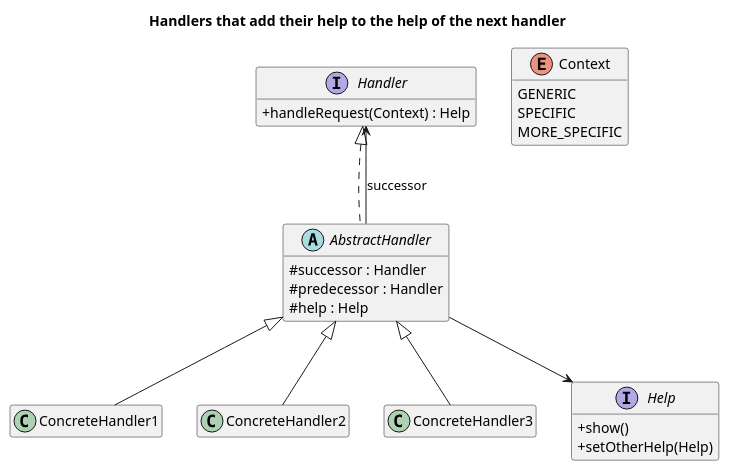
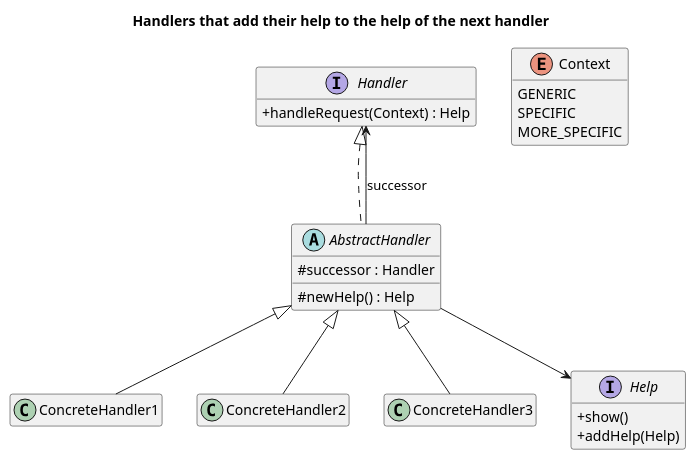
The diagram in src/main/java/dev/kaldiroglu/dp/behavioral/chainOfResponsibility/pattern/uml/Chain of Responsibility - Help Topics - Class Diagram.puml (kaldiroglu/DesignPatternsWithJava), drawn with PlantUML before and after one commit. The commit also changed 12 other files, not shown here.

```diff
--- a/src/main/java/dev/kaldiroglu/dp/behavioral/chainOfResponsibility/pattern/uml/Chain of Responsibility - Help Topics - Class Diagram.puml
+++ b/src/main/java/dev/kaldiroglu/dp/behavioral/chainOfResponsibility/pattern/uml/Chain of Responsibility - Help Topics - Class Diagram.puml
@@ -1,31 +1,30 @@
 @startuml "Chain of Responsibility - Help Topics - Class Diagram"
 skinparam classAttributeIconSize 0
 hide empty members
 title Handlers that add their help to the help of the next handler
 interface Handler {
   + handleRequest(Context) : Help
 }
 abstract class AbstractHandler {
   # successor : Handler
-  # predecessor : Handler
-  # help : Help
+  # newHelp() : Help
 }
 class ConcreteHandler1
 class ConcreteHandler2
 class ConcreteHandler3
 interface Help {
   + show()
-  + setOtherHelp(Help)
+  + addHelp(Help)
 }
 enum Context {
   GENERIC
   SPECIFIC
   MORE_SPECIFIC
 }
 Handler <|.. AbstractHandler
 AbstractHandler <|-- ConcreteHandler1
 AbstractHandler <|-- ConcreteHandler2
 AbstractHandler <|-- ConcreteHandler3
 AbstractHandler --> Handler : successor
 AbstractHandler --> Help
 @enduml
```
